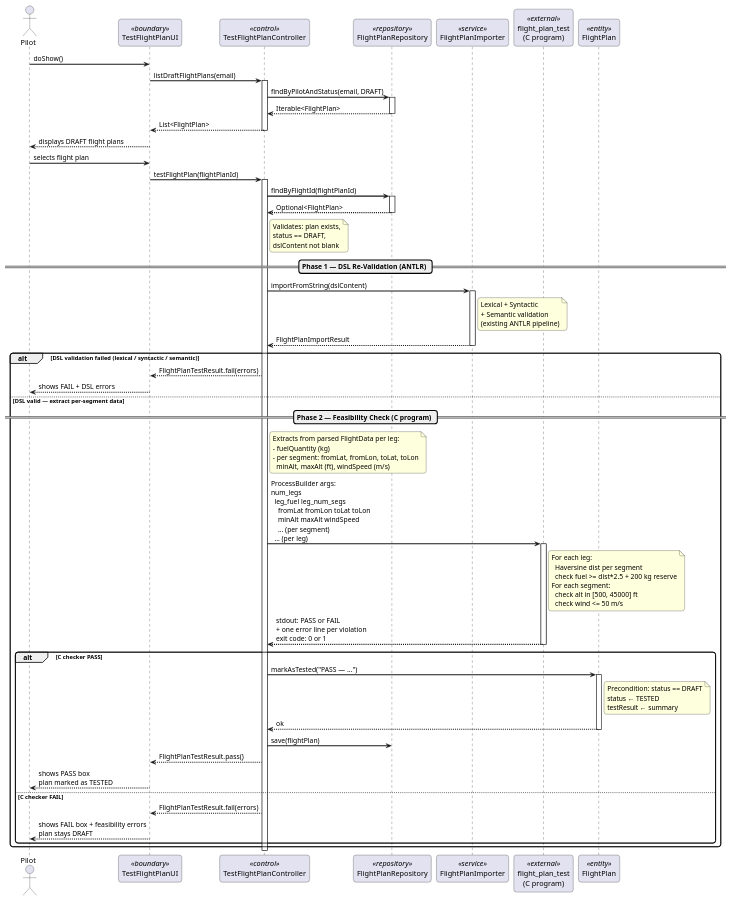
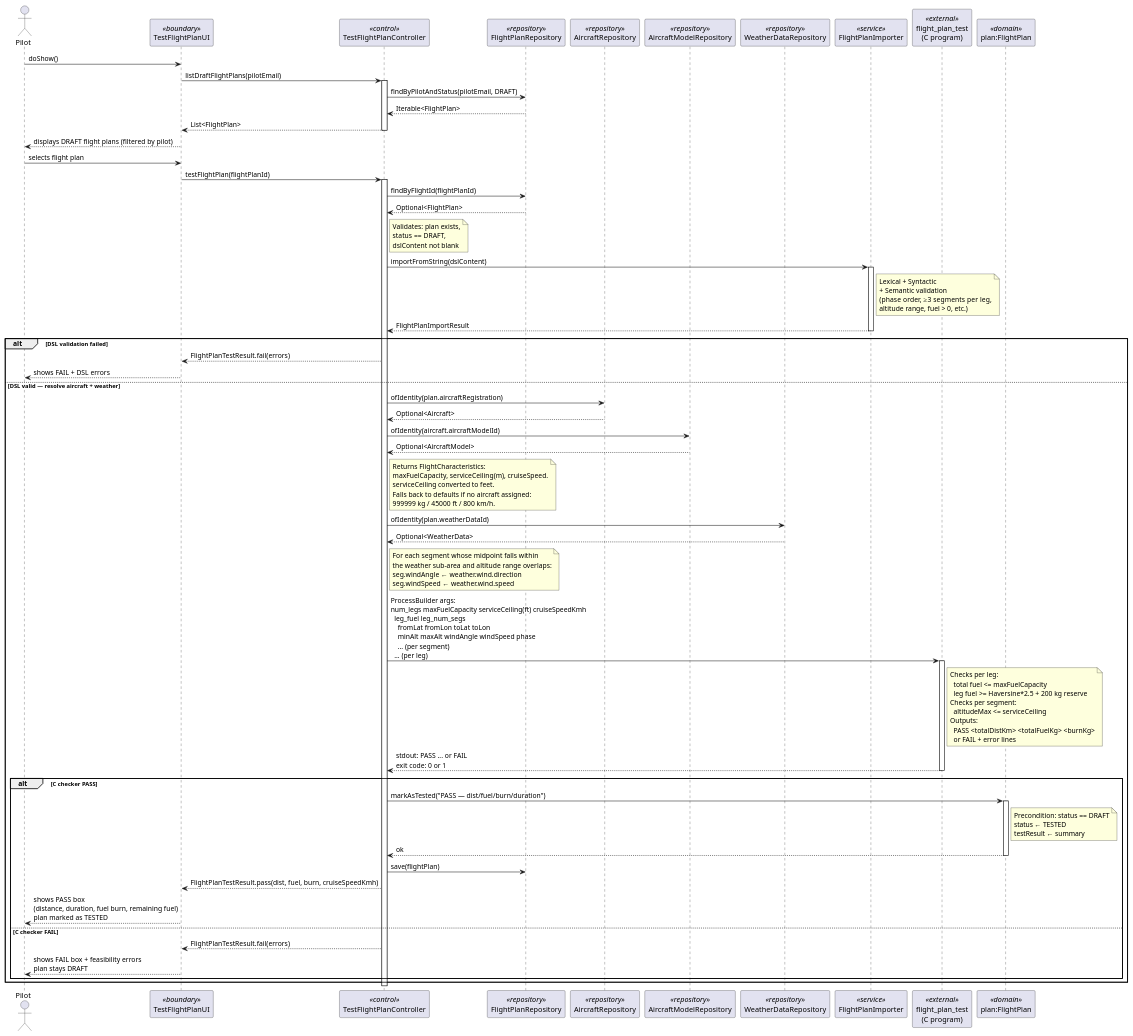
Before and after one commit to DuartePinto1240/sem4pi2526-sem4pi2526_2da2: the diagram in docs/Sprint 3/EAPLI/US085/puml/US085-sequence-diagram.puml, drawn with PlantUML. The commit also changed 57 other files, not shown here.

Commit message:
fix: pilot isolation, company filtering, flight plan creation improvements, docs update and TCP fix

```diff
--- a/docs/Sprint 3/EAPLI/US085/puml/US085-sequence-diagram.puml
+++ b/docs/Sprint 3/EAPLI/US085/puml/US085-sequence-diagram.puml
@@ -1,99 +1,109 @@
 @startuml
-skinparam sequenceArrowThickness 2
-skinparam roundcorner 10
-
-actor Pilot as P
+actor Pilot
 participant TestFlightPlanUI as UI <<boundary>>
 participant TestFlightPlanController as CTRL <<control>>
 participant FlightPlanRepository as REPO <<repository>>
+participant AircraftRepository as AREPO <<repository>>
+participant AircraftModelRepository as MREPO <<repository>>
+participant WeatherDataRepository as WREPO <<repository>>
 participant FlightPlanImporter as IMPORTER <<service>>
 participant "flight_plan_test\n(C program)" as C <<external>>
-participant FlightPlan as FP <<entity>>
+participant "plan:FlightPlan" as FP <<domain>>
 
-P -> UI : doShow()
-UI -> CTRL : listDraftFlightPlans(email)
+Pilot -> UI : doShow()
+
+UI -> CTRL : listDraftFlightPlans(pilotEmail)
 activate CTRL
-CTRL -> REPO : findByPilotAndStatus(email, DRAFT)
-activate REPO
+CTRL -> REPO : findByPilotAndStatus(pilotEmail, DRAFT)
 REPO --> CTRL : Iterable<FlightPlan>
-deactivate REPO
 CTRL --> UI : List<FlightPlan>
 deactivate CTRL
 
-UI --> P : displays DRAFT flight plans
-P -> UI : selects flight plan
+UI --> Pilot : displays DRAFT flight plans (filtered by pilot)
+Pilot -> UI : selects flight plan
 
 UI -> CTRL : testFlightPlan(flightPlanId)
 activate CTRL
 
 CTRL -> REPO : findByFlightId(flightPlanId)
-activate REPO
 REPO --> CTRL : Optional<FlightPlan>
-deactivate REPO
 
 note right of CTRL
   Validates: plan exists,
   status == DRAFT,
   dslContent not blank
 end note
 
-== Phase 1 — DSL Re-Validation (ANTLR) ==
-
 CTRL -> IMPORTER : importFromString(dslContent)
 activate IMPORTER
 note right of IMPORTER
   Lexical + Syntactic
   + Semantic validation
-  (existing ANTLR pipeline)
+  (phase order, ≥3 segments per leg,
+  altitude range, fuel > 0, etc.)
 end note
 IMPORTER --> CTRL : FlightPlanImportResult
 deactivate IMPORTER
 
-alt DSL validation failed (lexical / syntactic / semantic)
+alt DSL validation failed
   CTRL --> UI : FlightPlanTestResult.fail(errors)
-  UI --> P : shows FAIL + DSL errors
-else DSL valid — extract per-segment data
+  UI --> Pilot : shows FAIL + DSL errors
+else DSL valid — resolve aircraft + weather
 
-  == Phase 2 — Feasibility Check (C program) ==
-
+  CTRL -> AREPO : ofIdentity(plan.aircraftRegistration)
+  AREPO --> CTRL : Optional<Aircraft>
+  CTRL -> MREPO : ofIdentity(aircraft.aircraftModelId)
+  MREPO --> CTRL : Optional<AircraftModel>
   note right of CTRL
-    Extracts from parsed FlightData per leg:
-    - fuelQuantity (kg)
-    - per segment: fromLat, fromLon, toLat, toLon
-      minAlt, maxAlt (ft), windSpeed (m/s)
+    Returns FlightCharacteristics:
+    maxFuelCapacity, serviceCeiling(m), cruiseSpeed.
+    serviceCeiling converted to feet.
+    Falls back to defaults if no aircraft assigned:
+    999999 kg / 45000 ft / 800 km/h.
   end note
 
-  CTRL -> C : ProcessBuilder args:\nnum_legs\n  leg_fuel leg_num_segs\n    fromLat fromLon toLat toLon\n    minAlt maxAlt windSpeed\n    ... (per segment)\n  ... (per leg)
+  CTRL -> WREPO : ofIdentity(plan.weatherDataId)
+  WREPO --> CTRL : Optional<WeatherData>
+  note right of CTRL
+    For each segment whose midpoint falls within
+    the weather sub-area and altitude range overlaps:
+    seg.windAngle ← weather.wind.direction
+    seg.windSpeed ← weather.wind.speed
+  end note
+
+  CTRL -> C : ProcessBuilder args:\nnum_legs maxFuelCapacity serviceCeiling(ft) cruiseSpeedKmh\n  leg_fuel leg_num_segs\n    fromLat fromLon toLat toLon\n    minAlt maxAlt windAngle windSpeed phase\n    ... (per segment)\n  ... (per leg)
   activate C
   note right of C
-    For each leg:
-      Haversine dist per segment
-      check fuel >= dist*2.5 + 200 kg reserve
-    For each segment:
-      check alt in [500, 45000] ft
-      check wind <= 50 m/s
+    Checks per leg:
+      total fuel <= maxFuelCapacity
+      leg fuel >= Haversine*2.5 + 200 kg reserve
+    Checks per segment:
+      altitudeMax <= serviceCeiling
+    Outputs:
+      PASS <totalDistKm> <totalFuelKg> <burnKg>
+      or FAIL + error lines
   end note
-  C --> CTRL : stdout: PASS or FAIL\n+ one error line per violation\nexit code: 0 or 1
+  C --> CTRL : stdout: PASS ... or FAIL\nexit code: 0 or 1
   deactivate C
 
   alt C checker PASS
-    CTRL -> FP : markAsTested("PASS — ...")
+    CTRL -> FP : markAsTested("PASS — dist/fuel/burn/duration")
     activate FP
     note right of FP
       Precondition: status == DRAFT
       status ← TESTED
       testResult ← summary
     end note
     FP --> CTRL : ok
     deactivate FP
     CTRL -> REPO : save(flightPlan)
-    CTRL --> UI : FlightPlanTestResult.pass()
-    UI --> P : shows PASS box\nplan marked as TESTED
+    CTRL --> UI : FlightPlanTestResult.pass(dist, fuel, burn, cruiseSpeedKmh)
+    UI --> Pilot : shows PASS box\n(distance, duration, fuel burn, remaining fuel)\nplan marked as TESTED
   else C checker FAIL
     CTRL --> UI : FlightPlanTestResult.fail(errors)
-    UI --> P : shows FAIL box + feasibility errors\nplan stays DRAFT
+    UI --> Pilot : shows FAIL box + feasibility errors\nplan stays DRAFT
   end
 end
 
 deactivate CTRL
 @enduml
```
